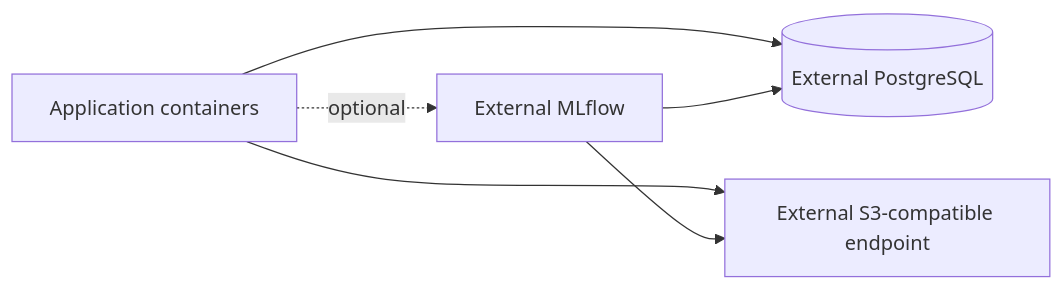
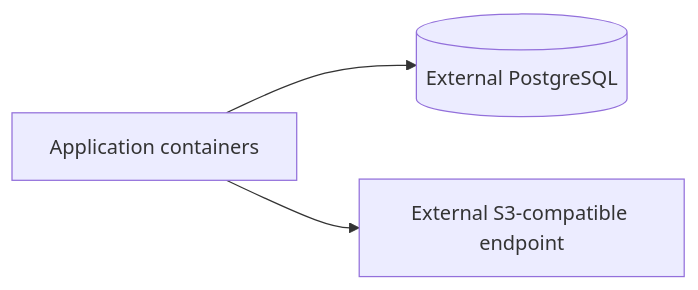
One commit to KamilGrundas/self-checkout changed the second of 2 diagrams in docs/architecture.md. Above: the diagram before and after it, drawn with Mermaid. The commit also changed other lines of this file and 8 other files, not shown here.

Commit message:
docs(workspace): document native labeling architecture

````diff
--- a/docs/architecture.md
+++ b/docs/architecture.md
@@ -58,8 +57,5 @@
 ```mermaid
 flowchart LR
   A[Application containers] --> P[(External PostgreSQL)]
   A --> S[External S3-compatible endpoint]
-  A -. optional .-> F[External MLflow]
-  F --> P
-  F --> S
 ```
````
